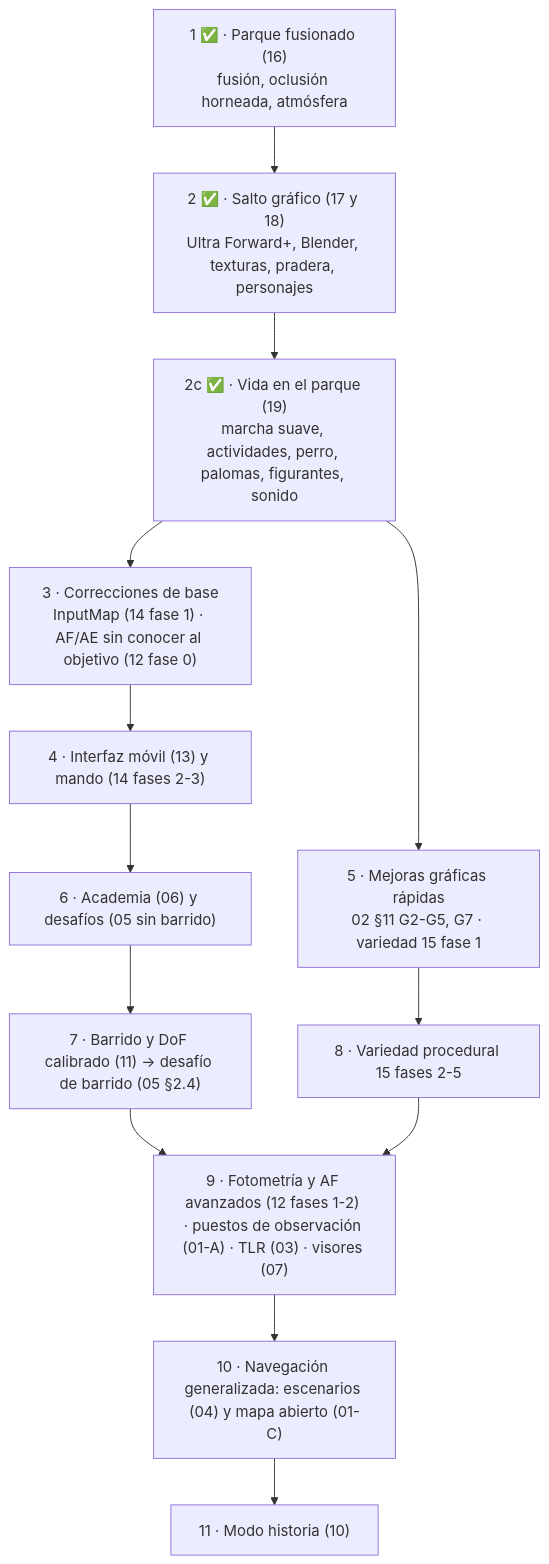
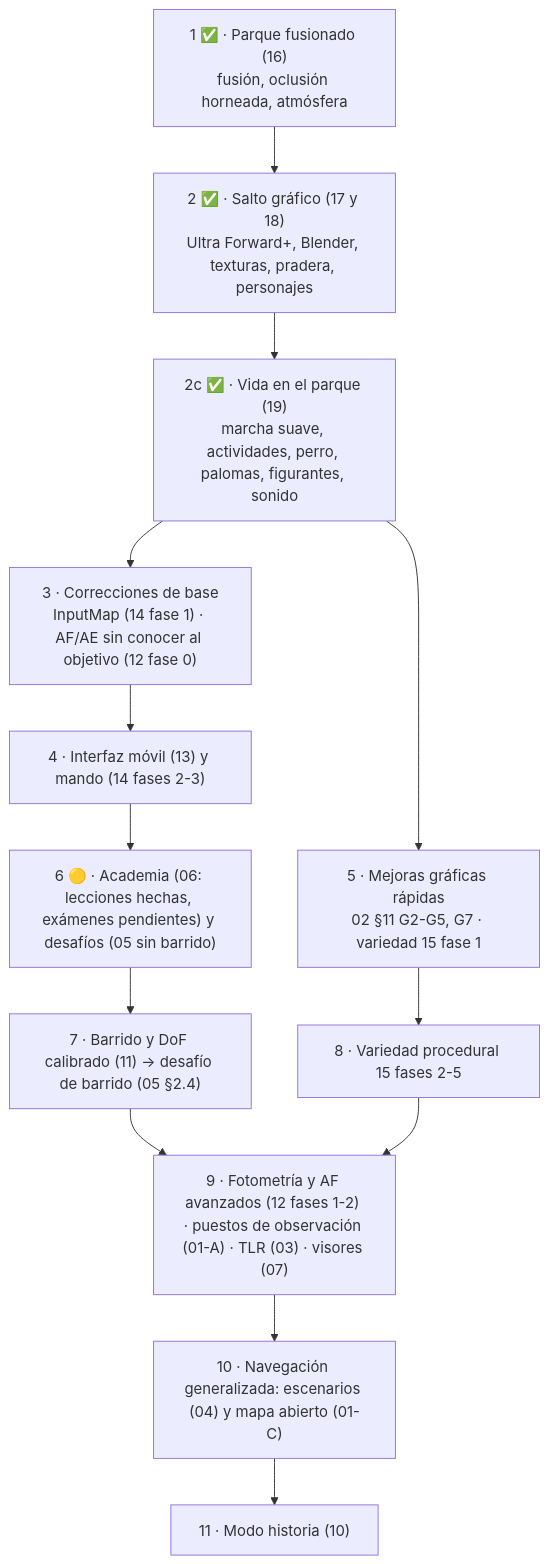
Before and after one commit to Ganso/proyecto-paparazzi: the diagram in docs/futuro/README.md, drawn with Mermaid. The commit also changed other lines of this file and 7 other files, not shown here.

````diff
--- a/docs/futuro/README.md
+++ b/docs/futuro/README.md
@@ -103,15 +103,15 @@
 ```mermaid
 graph TD
     P1["1 ✅ · Parque fusionado (16)<br/>fusión, oclusión horneada, atmósfera"] --> P2
     P2["2 ✅ · Salto gráfico (17 y 18)<br/>Ultra Forward+, Blender, texturas, pradera, personajes"] --> P2C
     P2C["2c ✅ · Vida en el parque (19)<br/>marcha suave, actividades, perro, palomas, figurantes, sonido"] --> P3
     P2C --> P5
     P3["3 · Correcciones de base<br/>InputMap (14 fase 1) · AF/AE sin conocer al objetivo (12 fase 0)"] --> P4
     P4["4 · Interfaz móvil (13) y mando (14 fases 2-3)"] --> P6
     P5["5 · Mejoras gráficas rápidas<br/>02 §11 G2-G5, G7 · variedad 15 fase 1"] --> P8
-    P6["6 · Academia (06) y desafíos (05 sin barrido)"] --> P7
+    P6["6 🟡 · Academia (06: lecciones hechas, exámenes pendientes) y desafíos (05 sin barrido)"] --> P7
     P7["7 · Barrido y DoF calibrado (11) → desafío de barrido (05 §2.4)"] --> P9
     P8["8 · Variedad procedural 15 fases 2-5"] --> P9
     P9["9 · Fotometría y AF avanzados (12 fases 1-2) · puestos de observación (01-A) · TLR (03) · visores (07)"] --> P10
     P10["10 · Navegación generalizada: escenarios (04) y mapa abierto (01-C)"] --> P11["11 · Modo historia (10)"]
 ```
````
